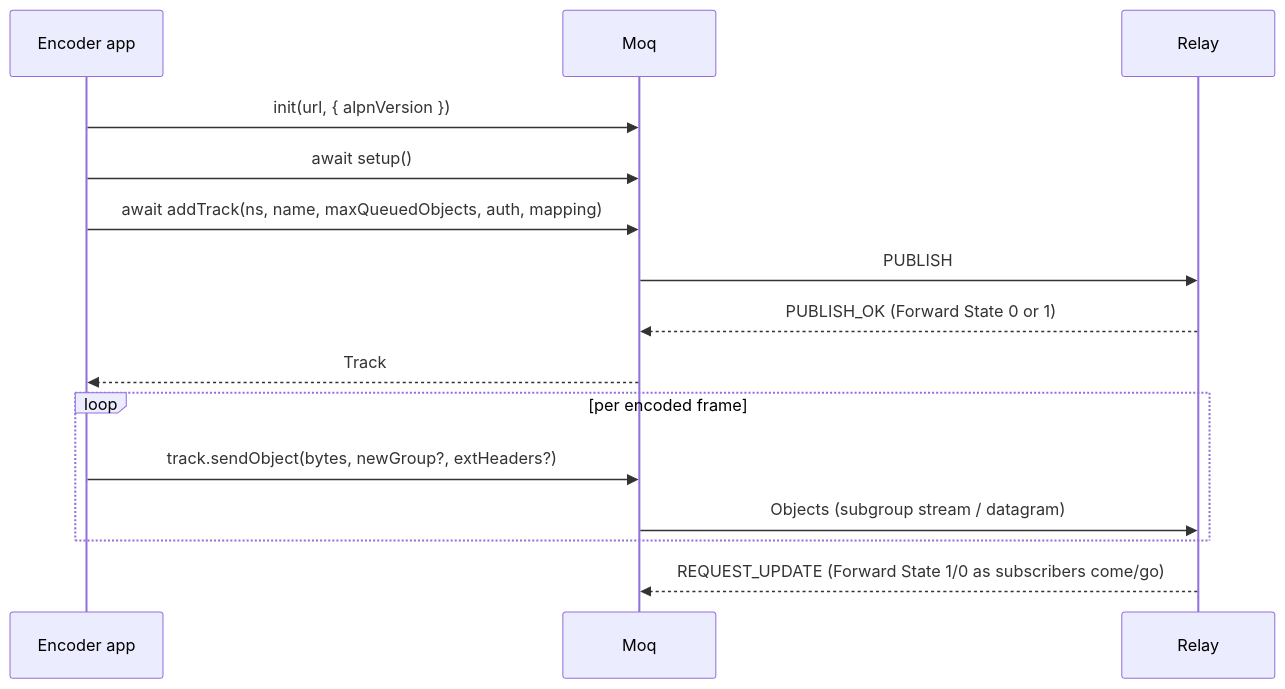
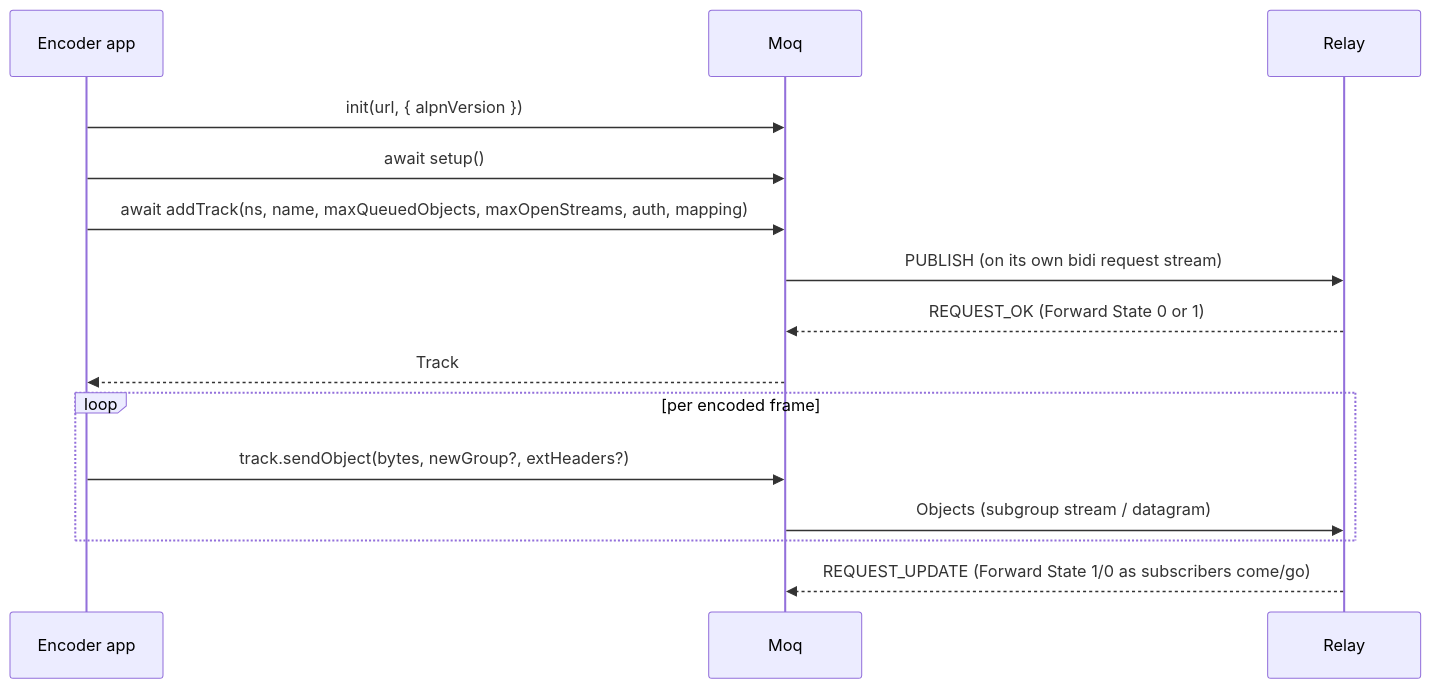
One commit to facebookexperimental/moq-encoder-player changed the fifth of 6 diagrams in src/moq/README.md. Above: the diagram before and after it, drawn with Mermaid. The commit also changed other lines of this file and 6 other files, not shown here.

````diff
--- a/src/moq/README.md
+++ b/src/moq/README.md
@@ -109,17 +111,17 @@
 ```mermaid
 sequenceDiagram
   participant App as Encoder app
   participant Moq
   participant Relay
   App->>Moq: init(url, { alpnVersion })
   App->>Moq: await setup()
-  App->>Moq: await addTrack(ns, name, maxQueuedObjects, auth, mapping)
-  Moq->>Relay: PUBLISH
-  Relay-->>Moq: PUBLISH_OK (Forward State 0 or 1)
+  App->>Moq: await addTrack(ns, name, maxQueuedObjects, maxOpenStreams, auth, mapping)
+  Moq->>Relay: PUBLISH (on its own bidi request stream)
+  Relay-->>Moq: REQUEST_OK (Forward State 0 or 1)
   Moq-->>App: Track
   loop per encoded frame
     App->>Moq: track.sendObject(bytes, newGroup?, extHeaders?)
     Moq->>Relay: Objects (subgroup stream / datagram)
   end
   Relay-->>Moq: REQUEST_UPDATE (Forward State 1/0 as subscribers come/go)
 ```
````
